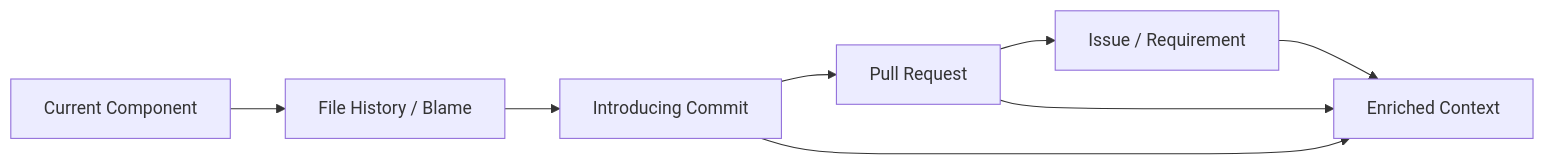
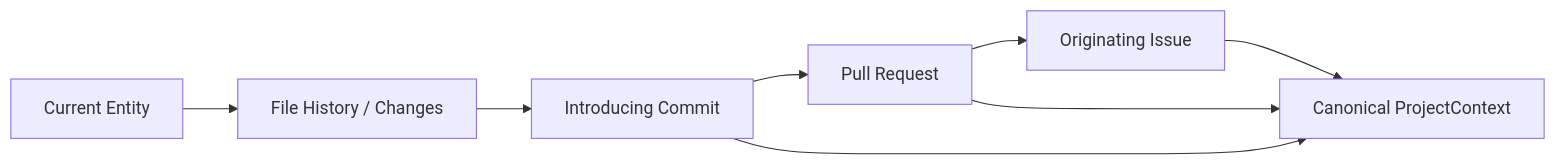
One commit to ShlokRamteke/CodeAtlas changed the third of 4 diagrams in ARCHITECTURE.md. Above: the diagram before and after it, drawn with Mermaid. The commit also changed other lines of this file and 13 other files, not shown here.

````diff
--- a/ARCHITECTURE.md
+++ b/ARCHITECTURE.md
@@ -249,10 +192,10 @@
 ```mermaid
 flowchart LR
-    CODE[Current Component] --> BLAME[File History / Blame]
+    CODE[Current Entity] --> BLAME[File History / Changes]
     BLAME --> COMMIT[Introducing Commit]
     COMMIT --> PR[Pull Request]
-    PR --> ISSUE[Issue / Requirement]
-    ISSUE --> CONTEXT[Enriched Context]
+    PR --> ISSUE[Originating Issue]
+    ISSUE --> CONTEXT[Canonical ProjectContext]
     PR --> CONTEXT
     COMMIT --> CONTEXT
 ```
````
